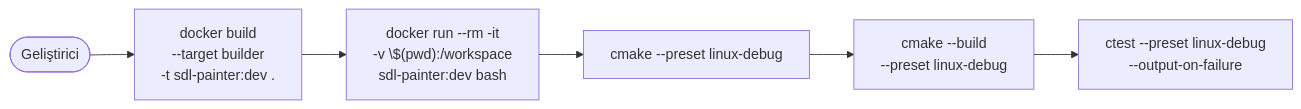
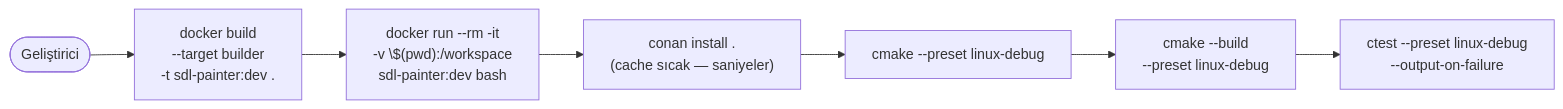
Before and after one commit to yazilimperver/sdl-painter: the second of 6 diagrams in doc/docker.md, drawn with Mermaid. The commit also changed other lines of this file and 24 other files, not shown here.

````diff
--- a/doc/docker.md
+++ b/doc/docker.md
@@ -41,8 +42,9 @@
 ```mermaid
 flowchart LR
     A([Geliştirici]) --> B["docker build\n--target builder\n-t sdl-painter:dev ."]
     B --> C["docker run --rm -it\n-v \$(pwd):/workspace\nsdl-painter:dev bash"]
-    C --> D["cmake --preset linux-debug"]
-    D --> E["cmake --build\n--preset linux-debug"]
-    E --> F["ctest --preset linux-debug\n--output-on-failure"]
+    C --> D["conan install .\n(cache sıcak — saniyeler)"]
+    D --> E["cmake --preset linux-debug"]
+    E --> F["cmake --build\n--preset linux-debug"]
+    F --> G["ctest --preset linux-debug\n--output-on-failure"]
 ```
````
